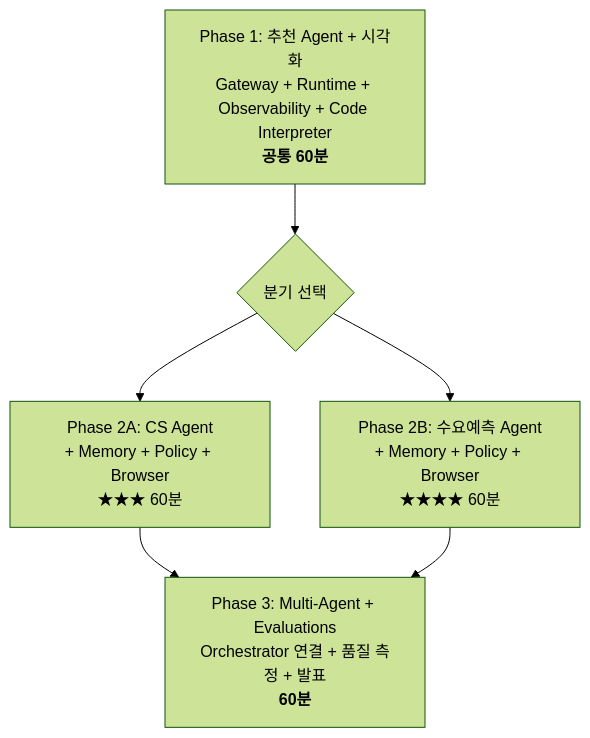
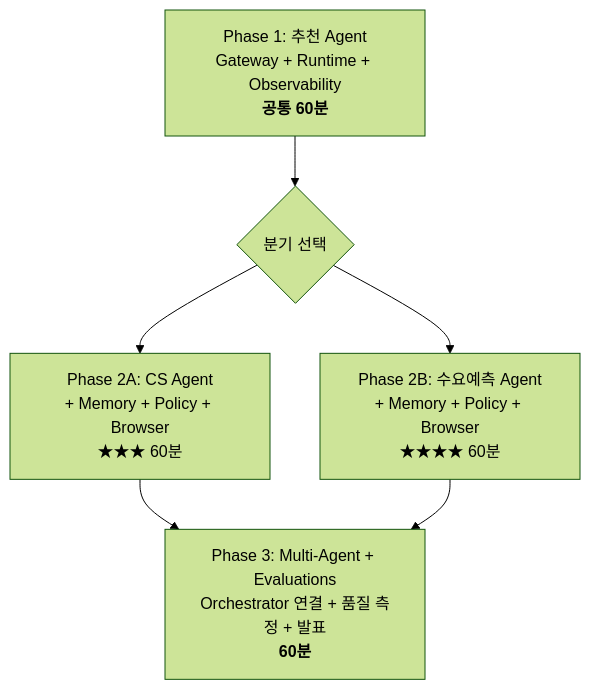
One commit to kjhyuok/rcg-agentcore-workshop-guide changed the diagram in docs/index.md. Above: the diagram before and after it, drawn with Mermaid (forest theme). The commit also changed other lines of this file and 3 other files, not shown here.

First line of the commit message:
refactor: Phase 1에서 Code Interpreter를 빼고 시나리오 기반 Tool 관찰로 재구성

````diff
--- a/docs/index.md
+++ b/docs/index.md
@@ -50,8 +50,8 @@
 ```mermaid
 graph TD
-    A["Phase 1: 추천 Agent + 시각화<br/>Gateway + Runtime + Observability + Code Interpreter<br/><b>공통 60분</b>"] --> B{분기 선택}
+    A["Phase 1: 추천 Agent<br/>Gateway + Runtime + Observability<br/><b>공통 60분</b>"] --> B{분기 선택}
     B --> C["Phase 2A: CS Agent<br/>+ Memory + Policy + Browser<br/>★★★ 60분"]
     B --> D["Phase 2B: 수요예측 Agent<br/>+ Memory + Policy + Browser<br/>★★★★ 60분"]
     C --> E["Phase 3: Multi-Agent + Evaluations<br/>Orchestrator 연결 + 품질 측정 + 발표<br/><b>60분</b>"]
     D --> E
 ```
````
